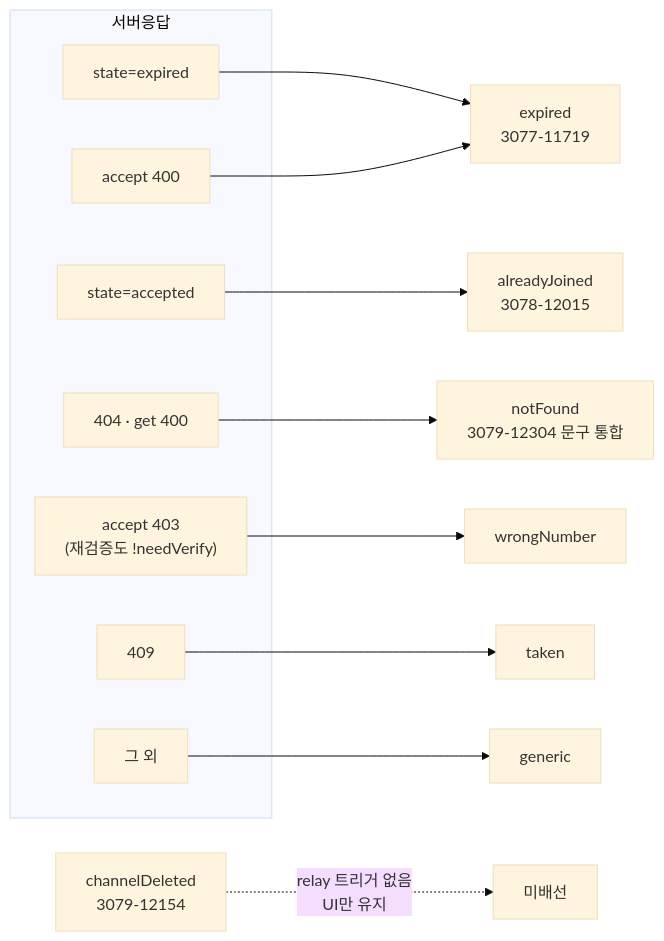
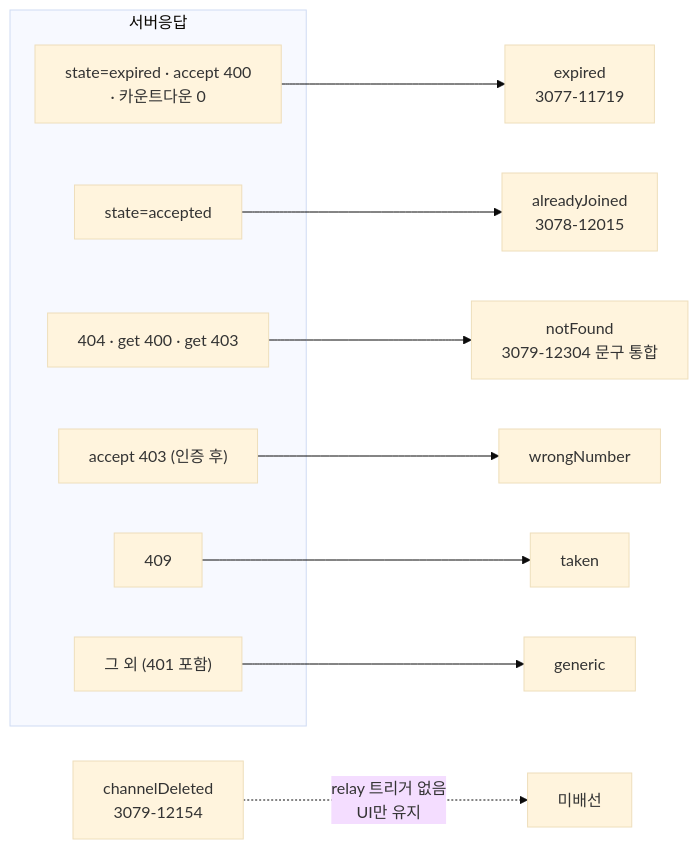
Before and after one commit to lemoncloud-io/dou-app: the third of 4 diagrams in apps/web/docs/feature/invite/relay-invite-accept.md, drawn with Mermaid (base theme). The commit also changed other lines of this file, not shown here.

First line of the commit message:
docs(web/invite): mark the relay invite accept spec live

````diff
--- a/apps/web/docs/feature/invite/relay-invite-accept.md
+++ b/apps/web/docs/feature/invite/relay-invite-accept.md
@@ -190,20 +193,18 @@
 ```mermaid
 flowchart LR
     subgraph 서버응답
-        A1["state=expired"]
+        A1["state=expired · accept 400<br/>· 카운트다운 0"]
         A2["state=accepted"]
-        A3["404 · get 400"]
-        A4["accept 400"]
-        A5["accept 403<br/>(재검증도 !needVerify)"]
+        A3["404 · get 400 · get 403"]
+        A5["accept 403 (인증 후)"]
         A6["409"]
-        A7["그 외"]
+        A7["그 외 (401 포함)"]
     end
     A1 --> D1[expired<br/>3077-11719]
-    A4 --> D1
     A2 --> D2[alreadyJoined<br/>3078-12015]
     A3 --> D3["notFound<br/>3079-12304 문구 통합"]
     A5 --> D4[wrongNumber]
     A6 --> D5[taken]
     A7 --> D6[generic]
     D7["channelDeleted<br/>3079-12154"] -.->|relay 트리거 없음<br/>UI만 유지| X[미배선]
 ```
````
